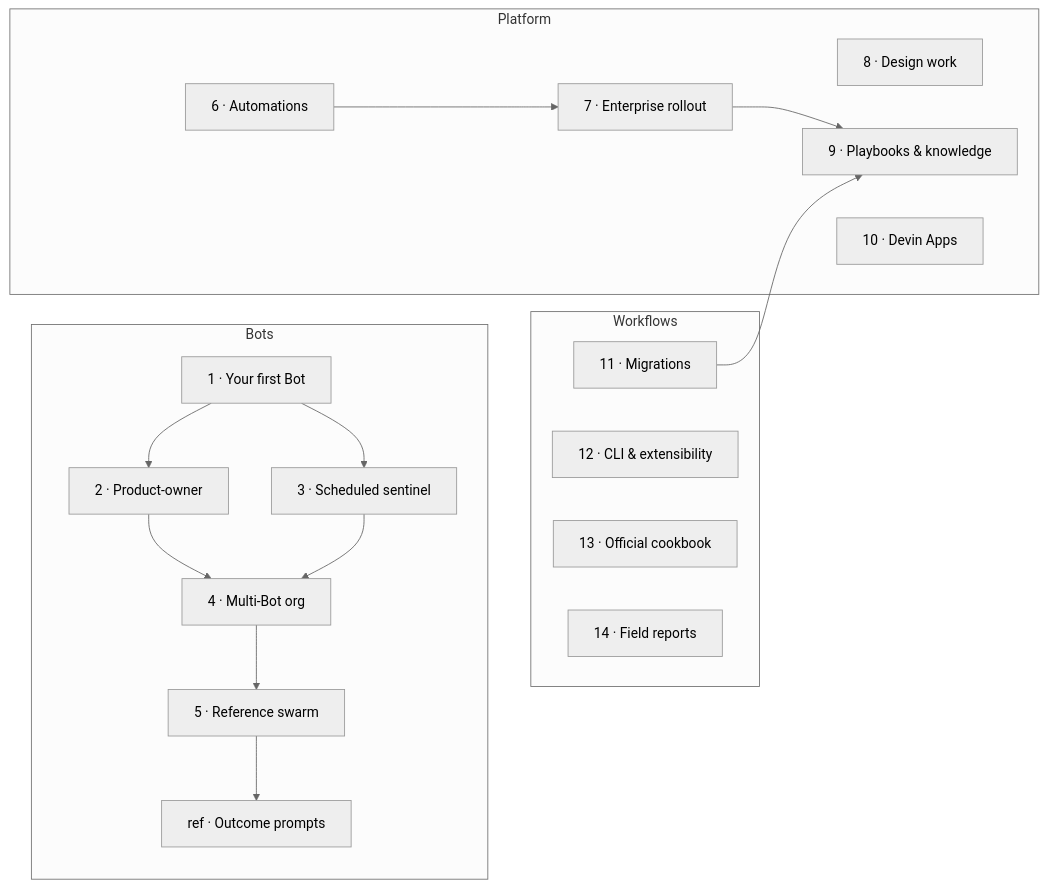
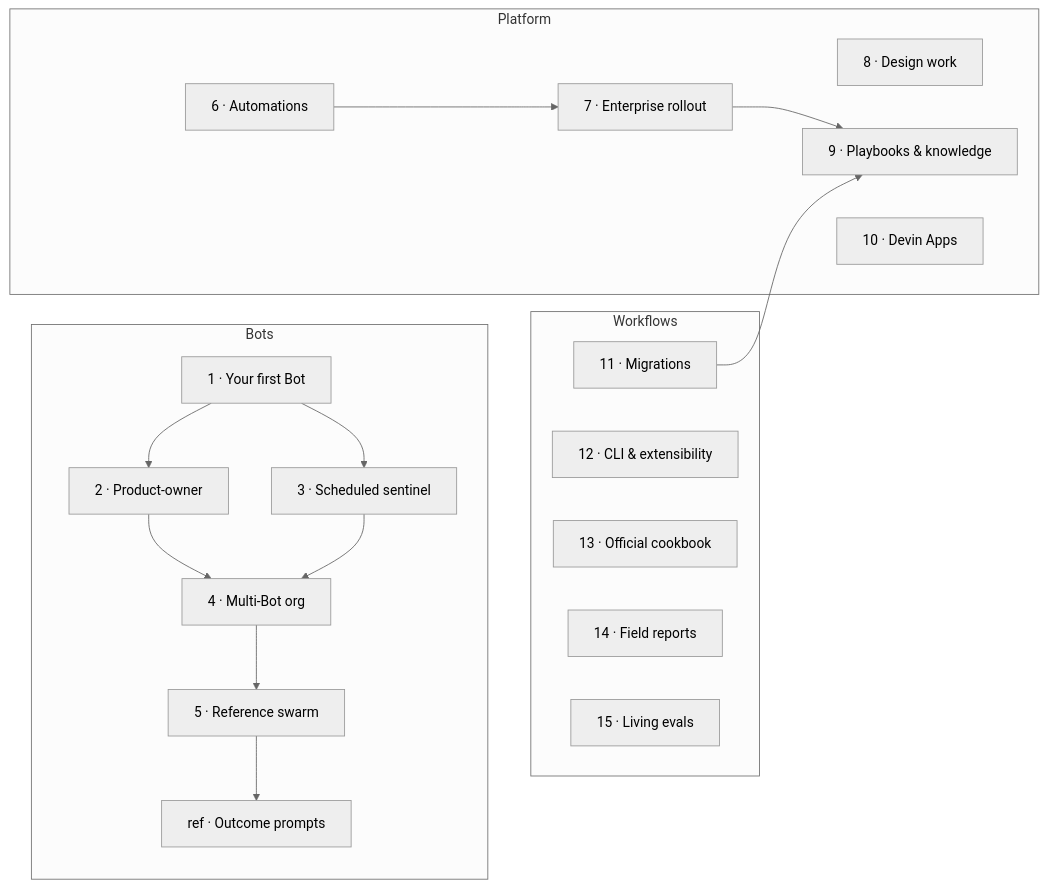
Before and after one commit to Till3005/build-with-devin: the diagram in README.md, drawn with Mermaid (neutral theme). The commit also changed other lines of this file and 2 other files, not shown here.

Commit message:
Guide 15: Living evals from production traces (Rox pattern, en+zh)

````diff
--- a/README.md
+++ b/README.md
@@ -34,25 +34,26 @@
 ```mermaid
 flowchart LR
     subgraph Bots
       G1["1 · Your first Bot"] --> G2["2 · Product-owner"]
       G1 --> G3["3 · Scheduled sentinel"]
       G2 --> G4["4 · Multi-Bot org"]
       G3 --> G4
       G4 --> G5["5 · Reference swarm"]
       G5 --> GP["ref · Outcome prompts"]
     end
     subgraph Platform
       G6["6 · Automations"] --> G7["7 · Enterprise rollout"]
       G8["8 · Design work"]
       G9["9 · Playbooks & knowledge"]
       G10["10 · Devin Apps"]
     end
     subgraph Workflows
       G11["11 · Migrations"]
       G12["12 · CLI & extensibility"]
       G13["13 · Official cookbook"]
       G14["14 · Field reports"]
+      G15["15 · Living evals"]
     end
     G7 --> G9
     G11 --> G9
 ```
````
